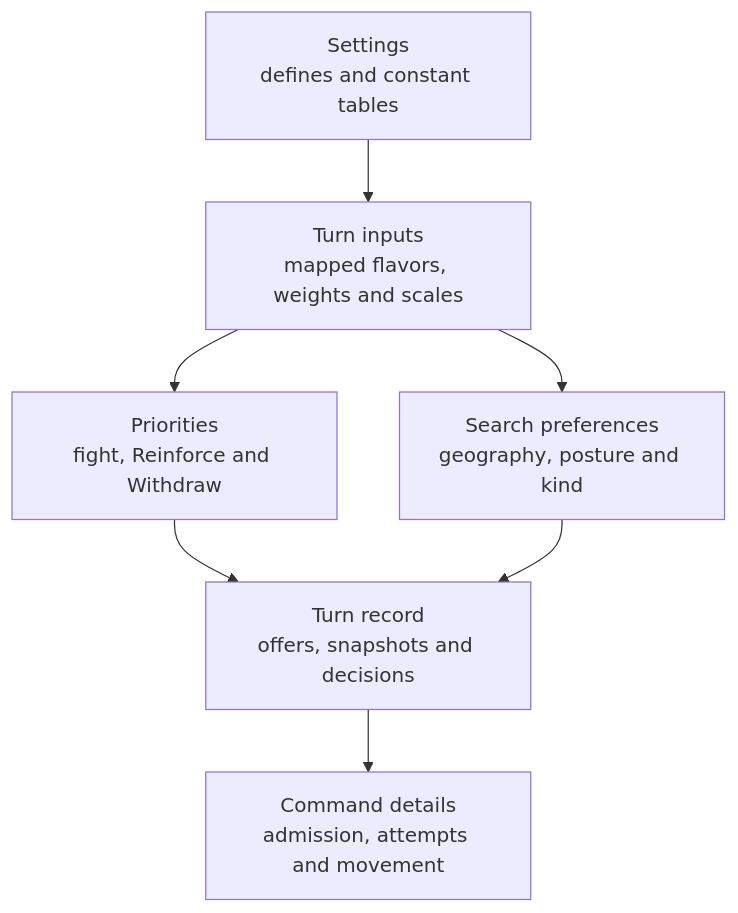
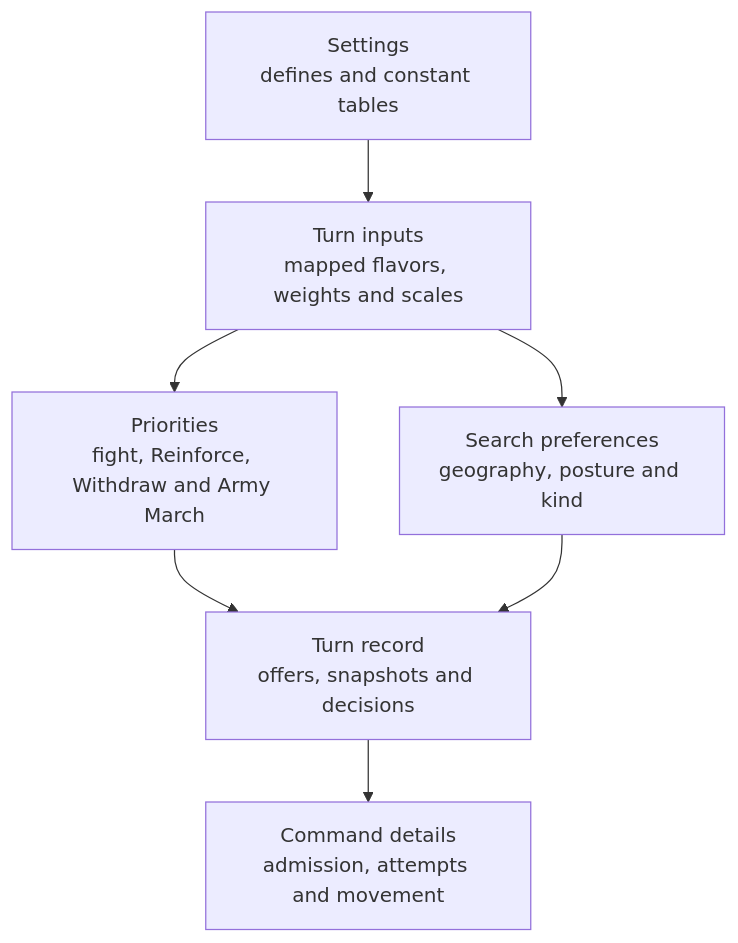
Before and after one commit to vox-deorum/vox-deorum: the diagram in docs/developers/civ5-dll/unit-ai/commands/reference.md, drawn with Mermaid. The commit also changed other lines of this file and 12 other files, not shown here.

````diff
--- a/docs/developers/civ5-dll/unit-ai/commands/reference.md
+++ b/docs/developers/civ5-dll/unit-ai/commands/reference.md
@@ -5,9 +5,9 @@
 ```mermaid
 flowchart TD
     S["Settings<br/>defines and constant tables"] --> W["Turn inputs<br/>mapped flavors, weights and scales"]
-    W --> P["Priorities<br/>fight, Reinforce and Withdraw"]
+    W --> P["Priorities<br/>fight, Reinforce, Withdraw and Army March"]
     W --> F["Search preferences<br/>geography, posture and kind"]
     P --> R["Turn record<br/>offers, snapshots and decisions"]
     F --> R
     R --> C["Command details<br/>admission, attempts and movement"]
 ```
````
